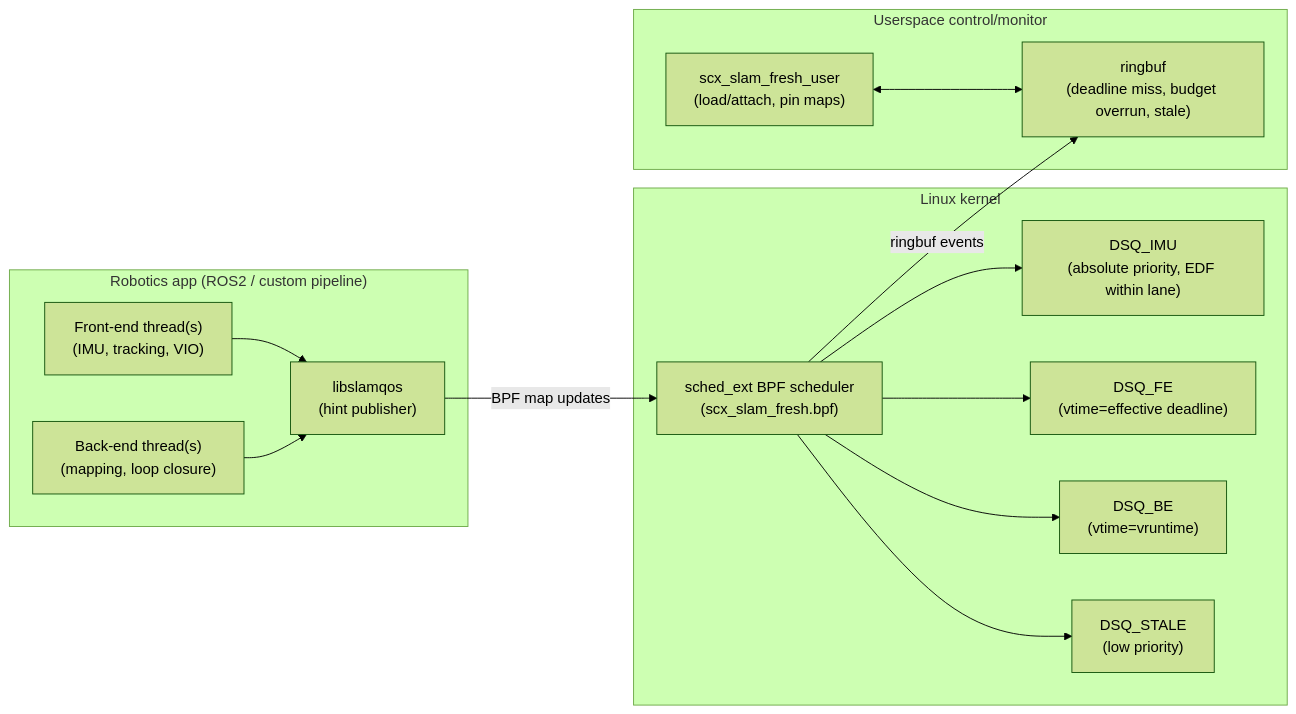
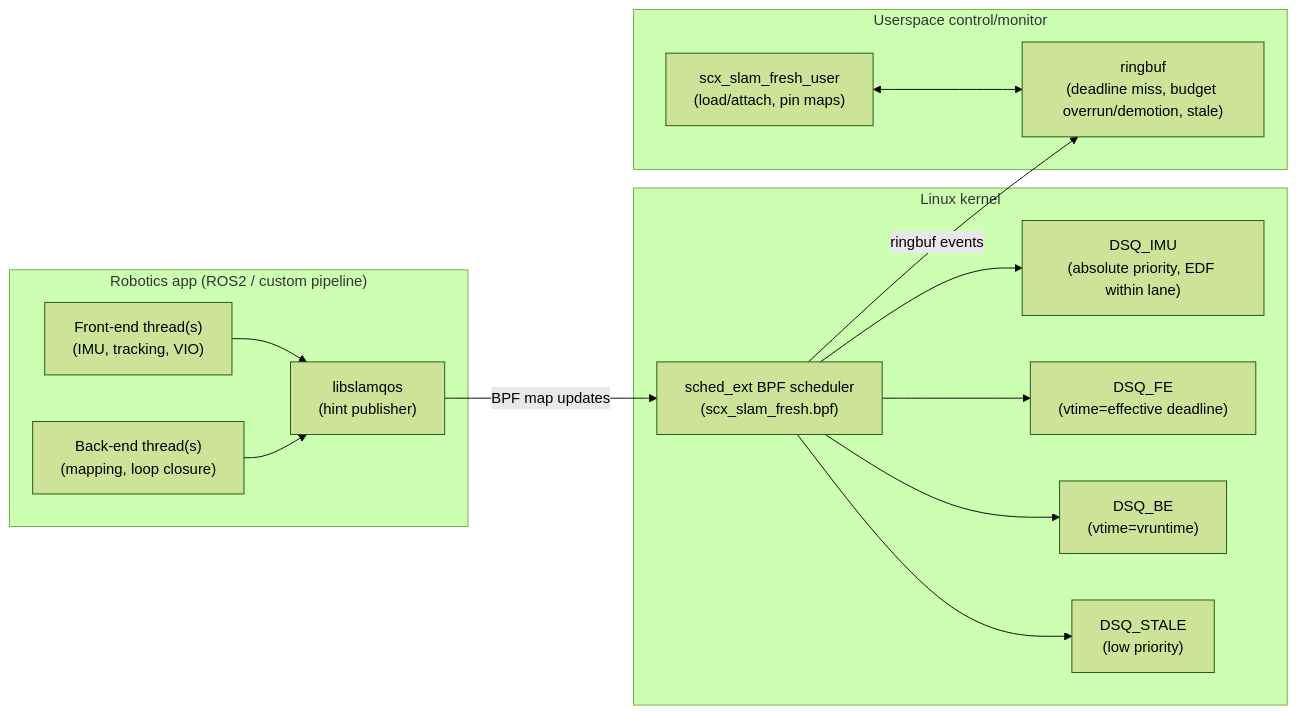
Before and after one commit to seldak/scx-slam-fresh: the diagram in docs/DESIGN.md, drawn with Mermaid (forest theme). The commit also changed 8 other files, not shown here.

First line of the commit message:
eval: budget: validate front-end overrun demotion

````diff
--- a/docs/DESIGN.md
+++ b/docs/DESIGN.md
@@ -39,31 +39,31 @@
 ```mermaid
 flowchart LR
   subgraph App["Robotics app (ROS2 / custom pipeline)"]
     FE1["Front-end thread(s)\n(IMU, tracking, VIO)"]
     BE1["Back-end thread(s)\n(mapping, loop closure)"]
     QOS["libslamqos\n(hint publisher)"]
     FE1 --> QOS
     BE1 --> QOS
   end
 
   subgraph Kernel["Linux kernel"]
     SCX["sched_ext BPF scheduler\n(scx_slam_fresh.bpf)"]
     DSQIMU["DSQ_IMU\n(absolute priority, EDF within lane)"]
     DSQFE["DSQ_FE\n(vtime=effective deadline)"]
     DSQBE["DSQ_BE\n(vtime=vruntime)"]
     DSQST["DSQ_STALE\n(low priority)"]
     SCX --> DSQIMU
     SCX --> DSQFE
     SCX --> DSQBE
     SCX --> DSQST
   end
 
   subgraph User["Userspace control/monitor"]
     Loader["scx_slam_fresh_user\n(load/attach, pin maps)"]
-    Events["ringbuf\n(deadline miss, budget overrun, stale)"]
+    Events["ringbuf\n(deadline miss, budget overrun/demotion, stale)"]
     Loader <--> Events
   end
 
   QOS -->|BPF map updates| SCX
   SCX -->|ringbuf events| Events
 ```
````
